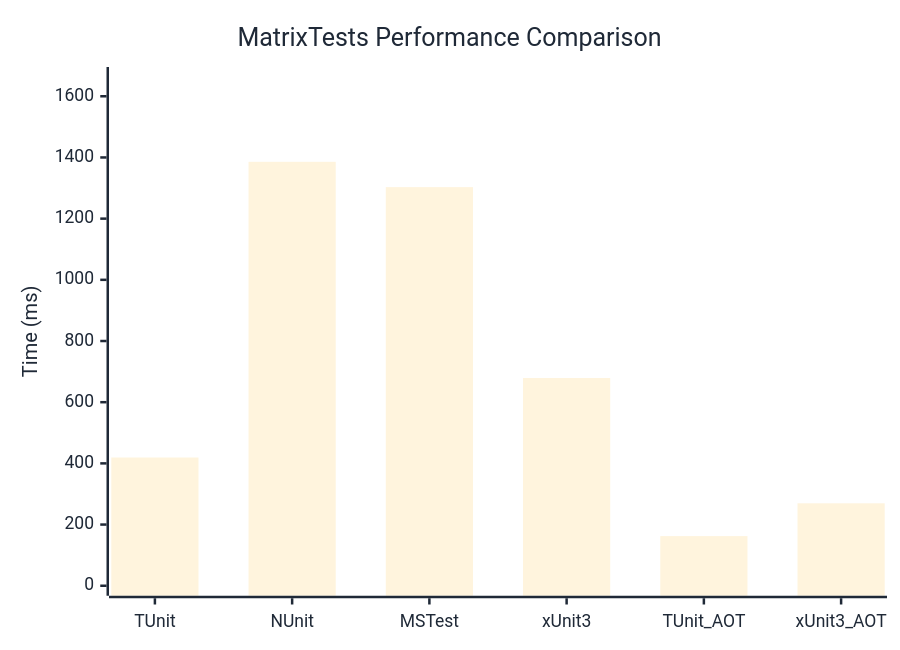
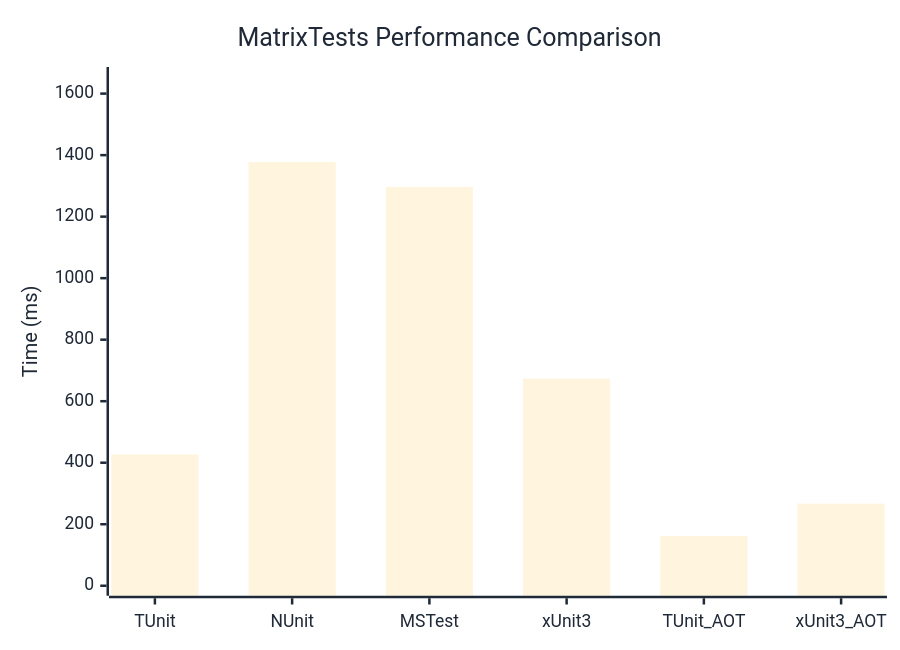
Before and after one commit to thomhurst/TUnit: the diagram in docs/docs/benchmarks/engine/MatrixTests.md, drawn with Mermaid. The commit also changed other lines of this file and 18 other files, not shown here.

````diff
--- a/docs/docs/benchmarks/engine/MatrixTests.md
+++ b/docs/docs/benchmarks/engine/MatrixTests.md
@@ -30,37 +30,37 @@
 ```mermaid
 %%{init: {
   'theme':'base',
   'themeVariables': {
     'primaryColor': '#2563eb',
     'primaryTextColor': '#1f2937',
     'primaryBorderColor': '#1e40af',
     'lineColor': '#6b7280',
     'secondaryColor': '#7c3aed',
     'tertiaryColor': '#dc2626',
     'background': '#ffffff',
     'mainBkg': '#2563eb',
     'secondBkg': '#7c3aed',
     'tertiaryBkg': '#dc2626',
     'clusterBkg': '#f3f4f6',
     'edgeLabelBackground': '#ffffff',
     'tertiaryTextColor': '#1f2937',
     'pie1': '#2563eb',
     'pie2': '#7c3aed',
     'pie3': '#dc2626',
     'pie4': '#f59e0b',
     'pie5': '#10b981',
     'pie6': '#06b6d4',
     'pie7': '#ec4899',
     'pie8': '#6366f1',
     'pie9': '#84cc16',
     'pie10': '#f97316',
     'pie11': '#14b8a6',
     'pie12': '#a855f7'
   }
 }}%%
 xychart-beta
   title "MatrixTests Performance Comparison"
   x-axis ["TUnit", "NUnit", "MSTest", "xUnit3", "TUnit_AOT", "xUnit3_AOT"]
-  y-axis "Time (ms)" 0 --> 1663
-  bar [419.2, 1385.7, 1303, 679, 162.3, 269.5]
+  y-axis "Time (ms)" 0 --> 1654
+  bar [426.9, 1377.7, 1296.2, 673.4, 161.5, 266.9]
 ```
````
